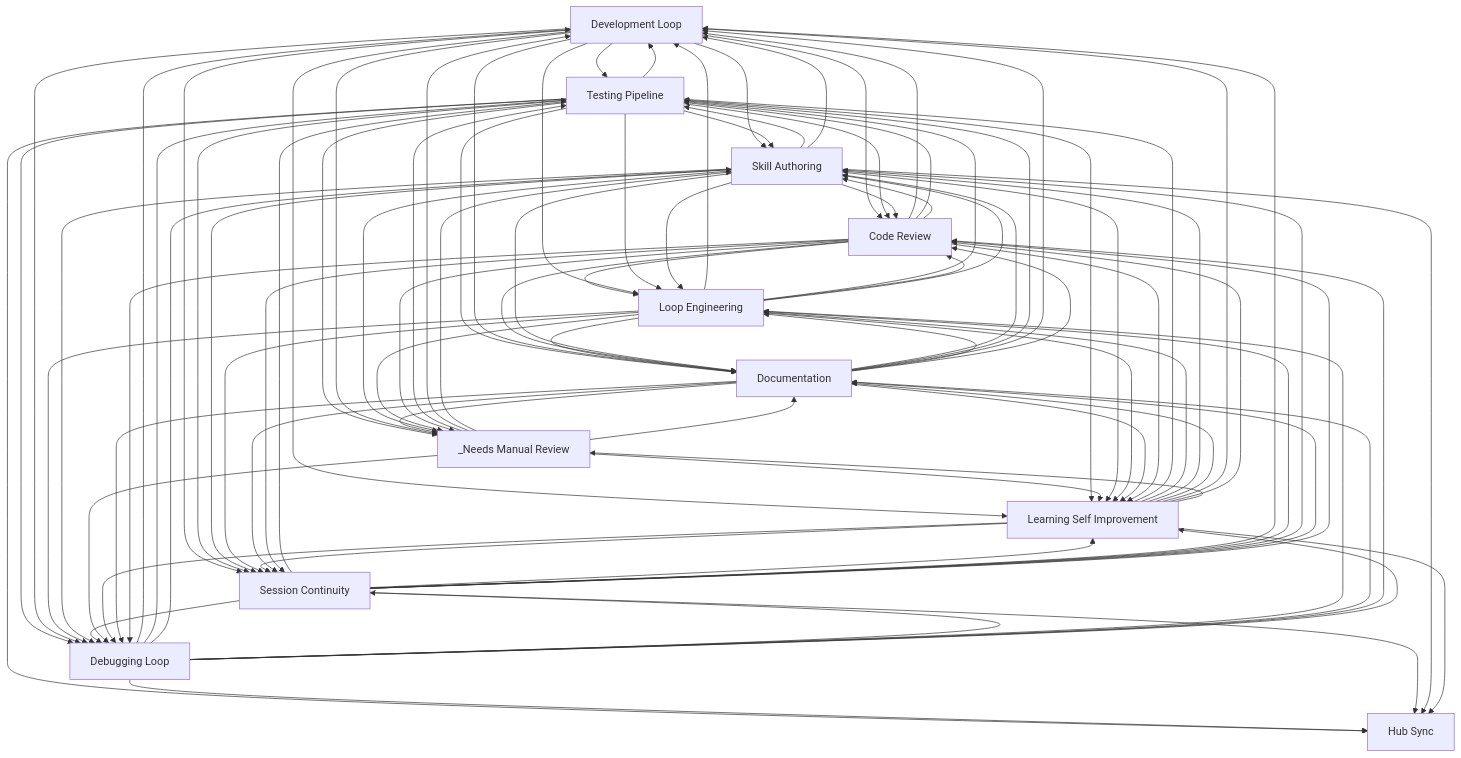
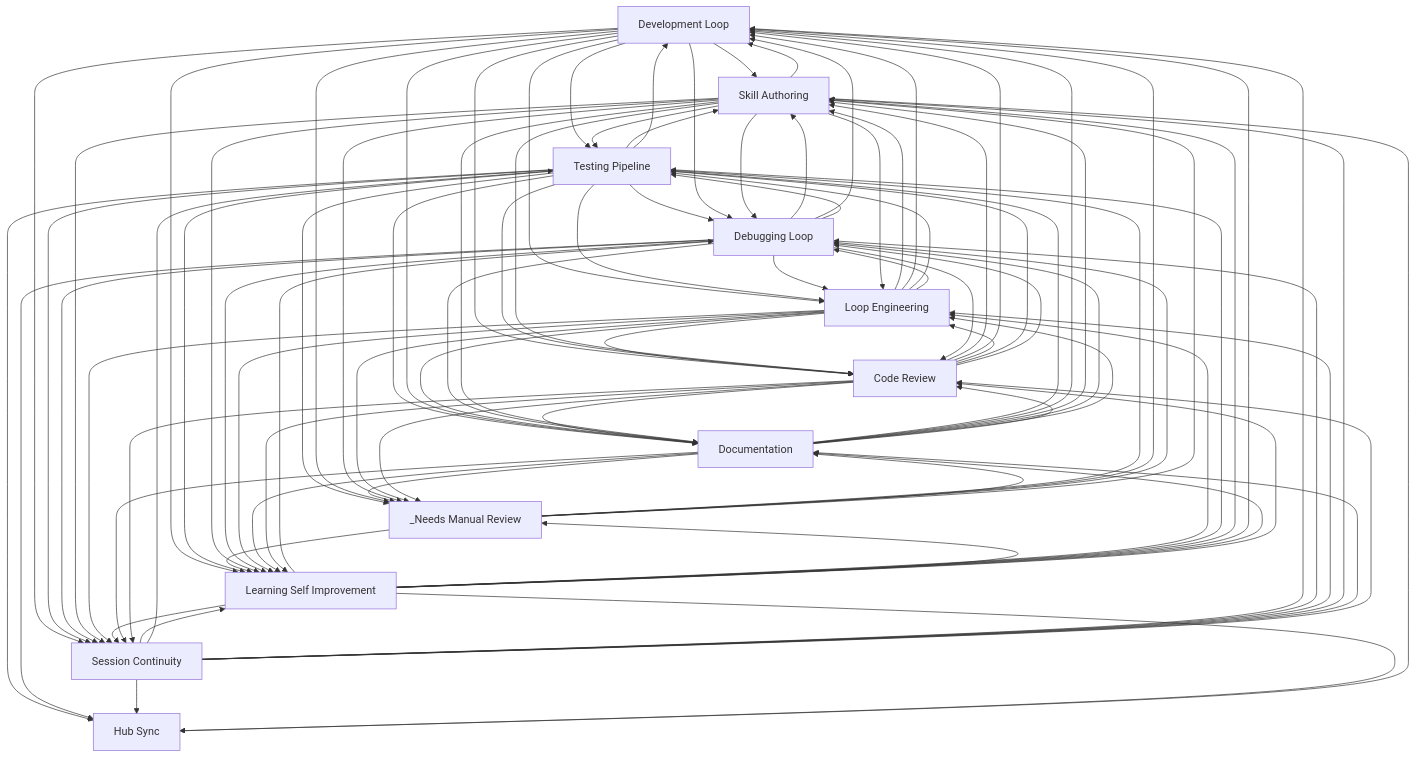
One commit to abhayla/claude-best-practices changed the diagram in docs/workflows/INDEX.md. Above: the diagram before and after it, drawn with Mermaid. The commit also changed other lines of this file and 13 other files, not shown here.

````diff
--- a/docs/workflows/INDEX.md
+++ b/docs/workflows/INDEX.md
@@ -33,20 +33,20 @@
     documentation[Documentation]
     hub_sync[Hub Sync]
     _needs_manual_review[_Needs Manual Review]
+    code_review --> skill_authoring
     code_review --> development_loop
+    code_review --> loop_engineering
     code_review --> testing_pipeline
-    code_review --> skill_authoring
-    code_review --> loop_engineering
-    development_loop --> testing_pipeline
-    development_loop --> code_review
     development_loop --> skill_authoring
     development_loop --> loop_engineering
+    development_loop --> code_review
+    development_loop --> testing_pipeline
+    loop_engineering --> skill_authoring
     loop_engineering --> development_loop
+    loop_engineering --> code_review
     loop_engineering --> testing_pipeline
-    loop_engineering --> code_review
-    loop_engineering --> skill_authoring
+    testing_pipeline --> skill_authoring
     skill_authoring --> testing_pipeline
-    testing_pipeline --> skill_authoring
     testing_pipeline --> development_loop
     _needs_manual_review --> testing_pipeline
     _needs_manual_review --> development_loop
@@ -54,33 +54,33 @@
     testing_pipeline --> loop_engineering
     testing_pipeline --> documentation
     testing_pipeline --> code_review
+    debugging_loop --> skill_authoring
     debugging_loop --> development_loop
+    debugging_loop --> loop_engineering
     debugging_loop --> testing_pipeline
-    debugging_loop --> skill_authoring
-    debugging_loop --> loop_engineering
     development_loop --> debugging_loop
     development_loop --> documentation
     loop_engineering --> documentation
     skill_authoring --> code_review
     skill_authoring --> development_loop
     skill_authoring --> loop_engineering
-    documentation --> skill_authoring
     documentation --> testing_pipeline
     documentation --> development_loop
+    documentation --> skill_authoring
     testing_pipeline --> _needs_manual_review
     development_loop --> _needs_manual_review
     code_review --> documentation
+    development_loop --> learning_self_improvement
+    development_loop --> session_continuity
+    session_continuity --> learning_self_improvement
     session_continuity --> testing_pipeline
-    session_continuity --> learning_self_improvement
-    development_loop --> session_continuity
-    development_loop --> learning_self_improvement
     testing_pipeline --> learning_self_improvement
     _needs_manual_review --> learning_self_improvement
     loop_engineering --> debugging_loop
+    testing_pipeline --> hub_sync
     testing_pipeline --> session_continuity
-    testing_pipeline --> hub_sync
+    debugging_loop --> hub_sync
     debugging_loop --> session_continuity
-    debugging_loop --> hub_sync
     debugging_loop --> documentation
     debugging_loop --> code_review
     skill_authoring --> session_continuity
@@ -93,16 +93,16 @@
     _needs_manual_review --> debugging_loop
     debugging_loop --> learning_self_improvement
     skill_authoring --> documentation
+    _needs_manual_review --> documentation
     _needs_manual_review --> skill_authoring
-    _needs_manual_review --> documentation
     documentation --> _needs_manual_review
+    learning_self_improvement --> debugging_loop
+    learning_self_improvement --> session_continuity
+    learning_self_improvement --> loop_engineering
     learning_self_improvement --> testing_pipeline
-    learning_self_improvement --> session_continuity
-    learning_self_improvement --> debugging_loop
-    learning_self_improvement --> loop_engineering
     learning_self_improvement --> skill_authoring
+    learning_self_improvement --> development_loop
     learning_self_improvement --> documentation
-    learning_self_improvement --> development_loop
     learning_self_improvement --> code_review
     skill_authoring --> _needs_manual_review
     session_continuity --> skill_authoring
@@ -110,17 +110,17 @@
     session_continuity --> documentation
     session_continuity --> code_review
     learning_self_improvement --> _needs_manual_review
+    learning_self_improvement --> hub_sync
     skill_authoring --> hub_sync
-    learning_self_improvement --> hub_sync
     loop_engineering --> learning_self_improvement
     loop_engineering --> _needs_manual_review
     documentation --> debugging_loop
     documentation --> loop_engineering
     code_review --> debugging_loop
     documentation --> code_review
+    documentation --> session_continuity
     documentation --> learning_self_improvement
-    documentation --> session_continuity
+    code_review --> session_continuity
     code_review --> learning_self_improvement
-    code_review --> session_continuity
     code_review --> _needs_manual_review
 ```
````
